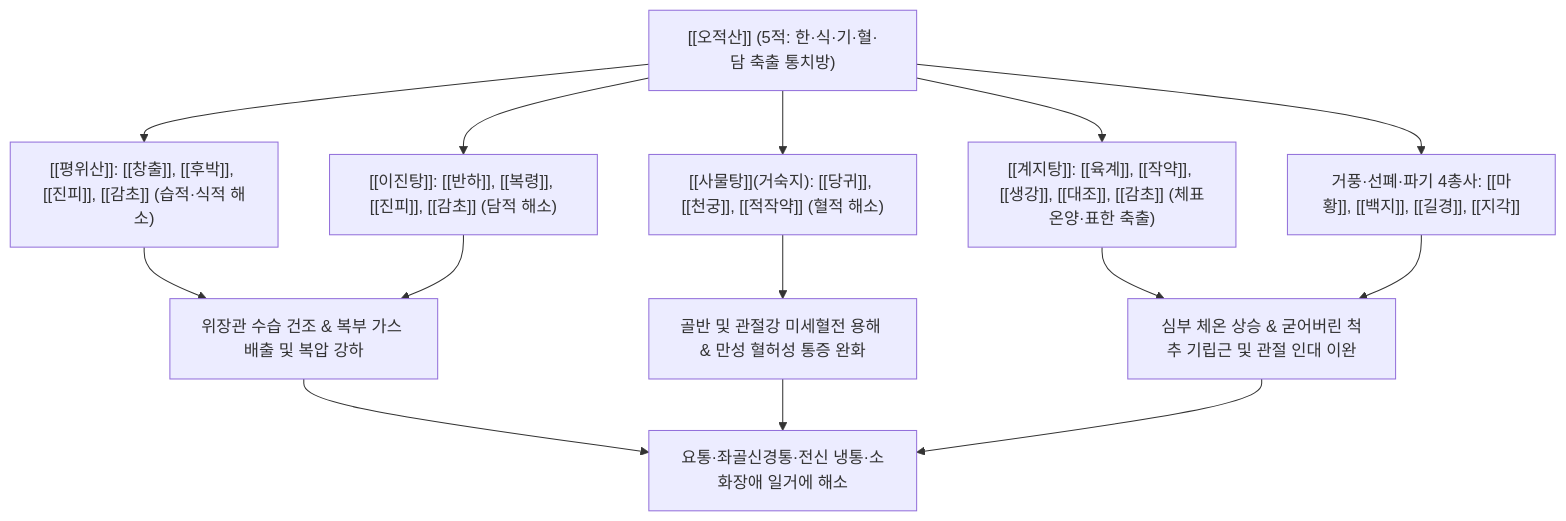
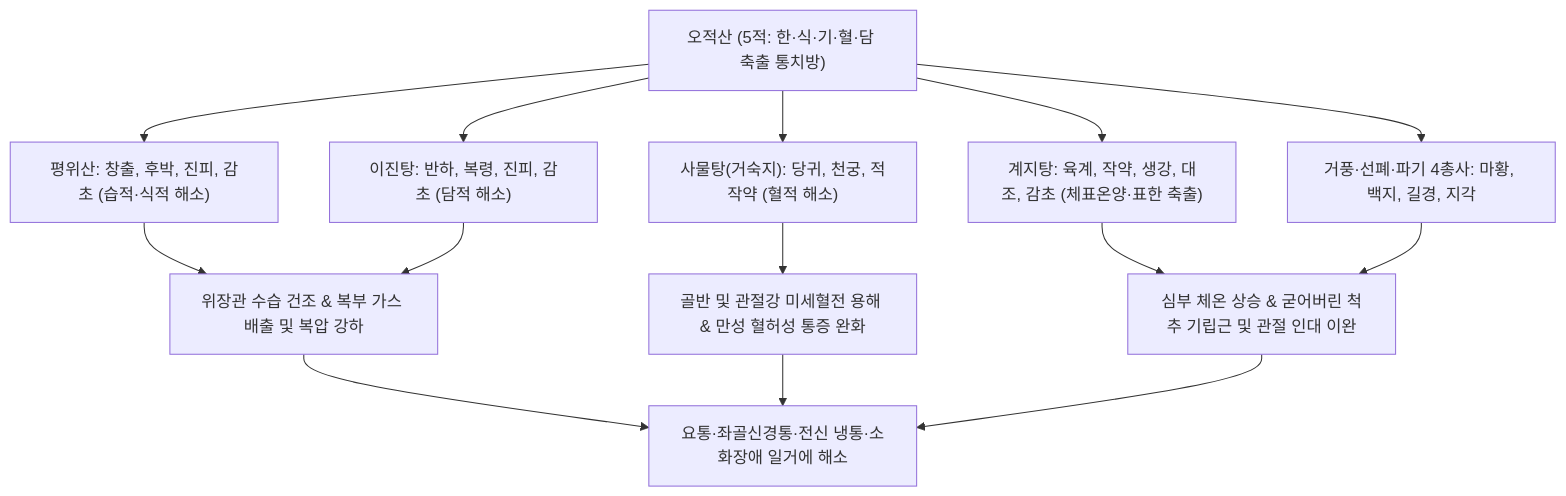
One commit to simbio11/simbio-digital-garden2 changed the diagram in content/2. 약리 공부/처방/03_화담·거습·이수제/오적산.md. Above: the diagram before and after it, drawn with Mermaid. The commit also changed other lines of this file and 323 other files, not shown here.

````diff
--- a/content/2. 약리 공부/처방/03_화담·거습·이수제/오적산.md
+++ b/content/2. 약리 공부/처방/03_화담·거습·이수제/오적산.md
@@ -56,14 +56,14 @@
 ```mermaid
 graph TD
-    A["[[오적산]] (5적: 한·식·기·혈·담 축출 통치방)"] --> B["[[평위산]]: [[창출]], [[후박]], [[진피]], [[감초]] (습적·식적 해소)"]
-    A --> C["[[이진탕]]: [[반하]], [[복령]], [[진피]], [[감초]] (담적 해소)"]
-    A --> D["[[사물탕]](거숙지): [[당귀]], [[천궁]], [[적작약]] (혈적 해소)"]
-    A --> E["[[계지탕]]: [[육계]], [[작약]], [[생강]], [[대조]], [[감초]] (체표온양·표한 축출)"]
-    A --> F["거풍·선폐·파기 4총사: [[마황]], [[백지]], [[길경]], [[지각]]"]
+    A["오적산 (5적: 한·식·기·혈·담 축출 통치방)"] --> B["평위산: 창출, 후박, 진피, 감초 (습적·식적 해소)"]
+    A --> C["이진탕: 반하, 복령, 진피, 감초 (담적 해소)"]
+    A --> D["사물탕(거숙지): 당귀, 천궁, 적작약 (혈적 해소)"]
+    A --> E["계지탕: 육계, 작약, 생강, 대조, 감초 (체표온양·표한 축출)"]
+    A --> F["거풍·선폐·파기 4총사: 마황, 백지, 길경, 지각"]
 
     B & C --> G["위장관 수습 건조 & 복부 가스 배출 및 복압 강하"]
     D --> H["골반 및 관절강 미세혈전 용해 & 만성 혈허성 통증 완화"]
     E & F --> I["심부 체온 상승 & 굳어버린 척추 기립근 및 관절 인대 이완"]
 
     G & H & I --> J["요통·좌골신경통·전신 냉통·소화장애 일거에 해소"]
 ```
````
